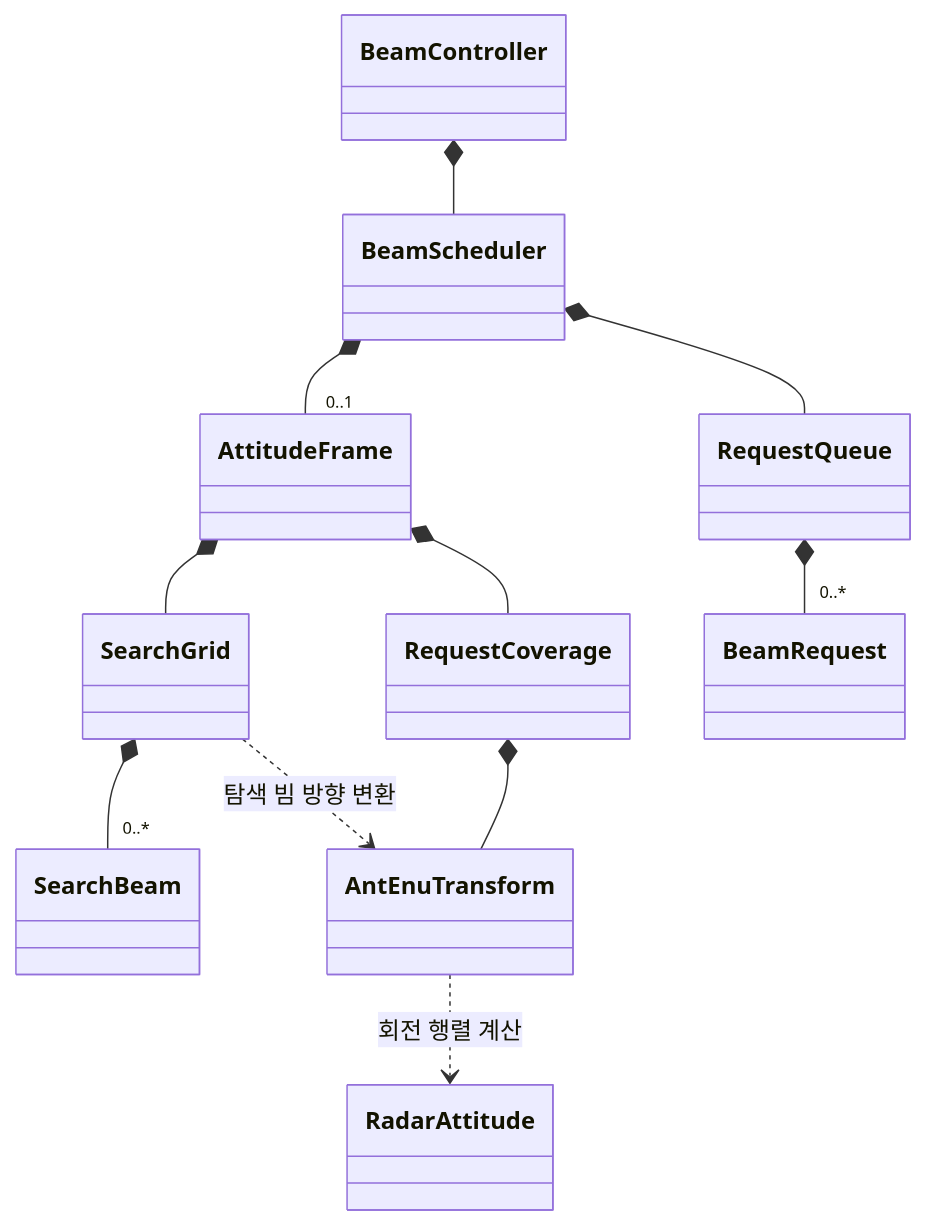
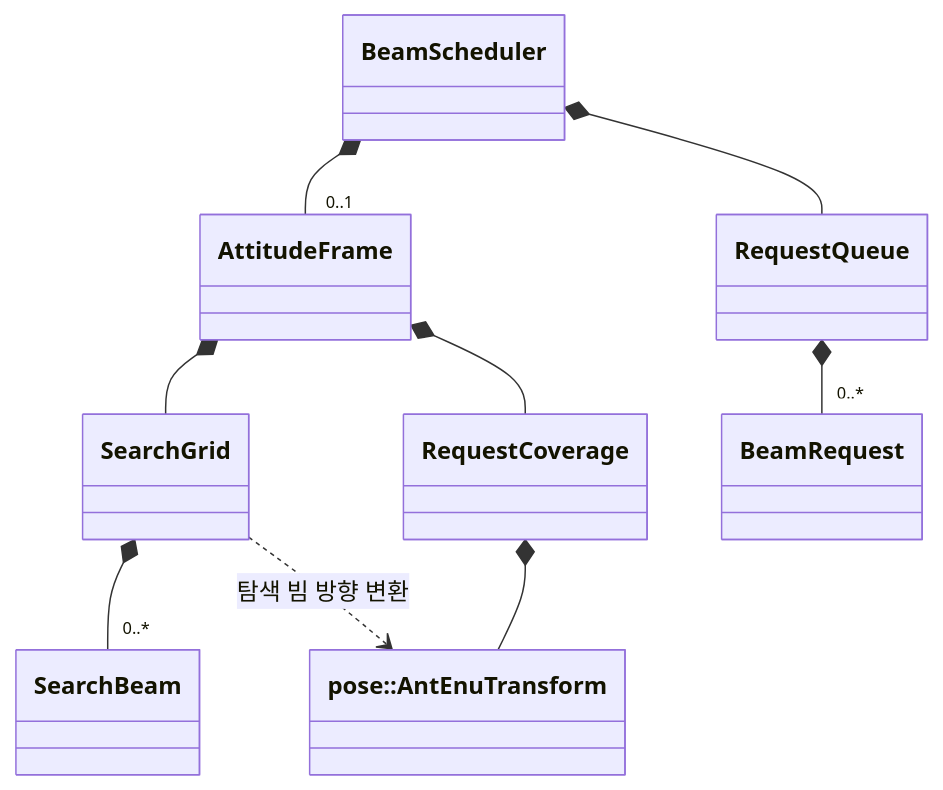
Before and after one commit to AESAlien/aesa-processor: the second of 2 diagrams in src/beam/README.md, drawn with Mermaid. The commit also changed other lines of this file and 114 other files, not shown here.

````diff
--- a/src/beam/README.md
+++ b/src/beam/README.md
@@ -28,16 +40,17 @@
 ```mermaid
 classDiagram
     direction TB
 
-    BeamController *-- BeamScheduler
-    AntEnuTransform ..> RadarAttitude : 회전 행렬 계산
+    class AntEnuTransform["pose::AntEnuTransform"]
 
     BeamScheduler *-- "0..1" AttitudeFrame
     BeamScheduler *-- RequestQueue
+
     AttitudeFrame *-- SearchGrid
     AttitudeFrame *-- RequestCoverage
     SearchGrid *-- "0..*" SearchBeam
     SearchGrid ..> AntEnuTransform : 탐색 빔 방향 변환
     RequestCoverage *-- AntEnuTransform
+
     RequestQueue *-- "0..*" BeamRequest
 ```
````
